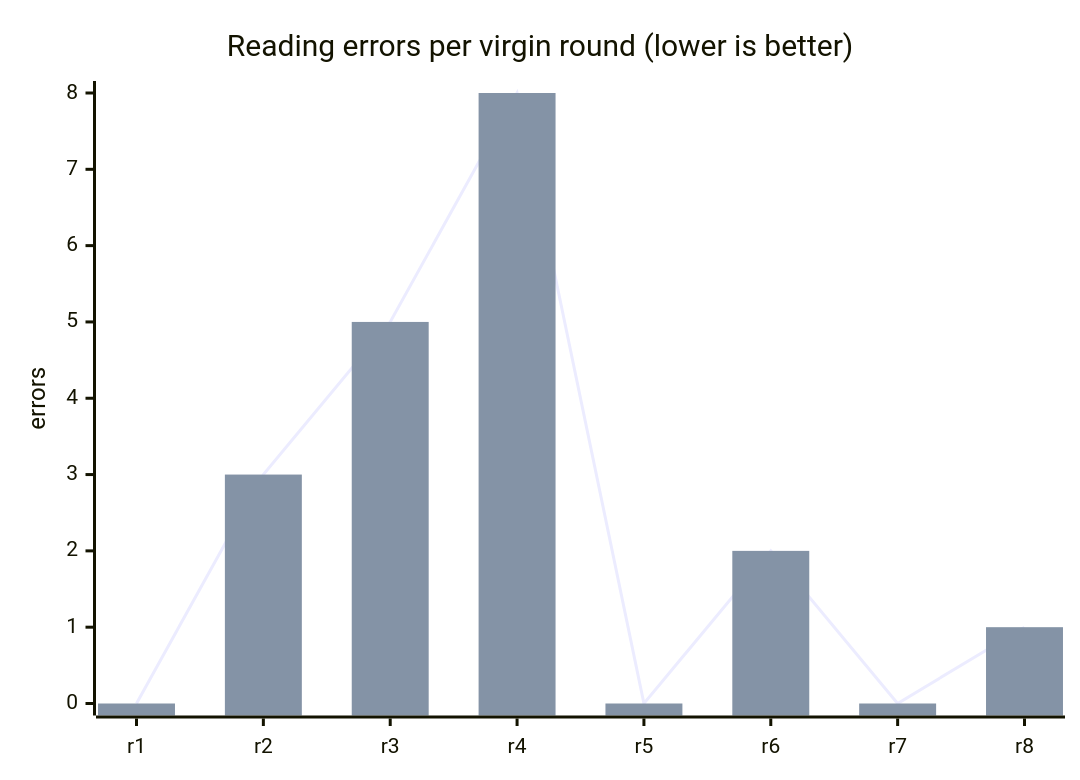
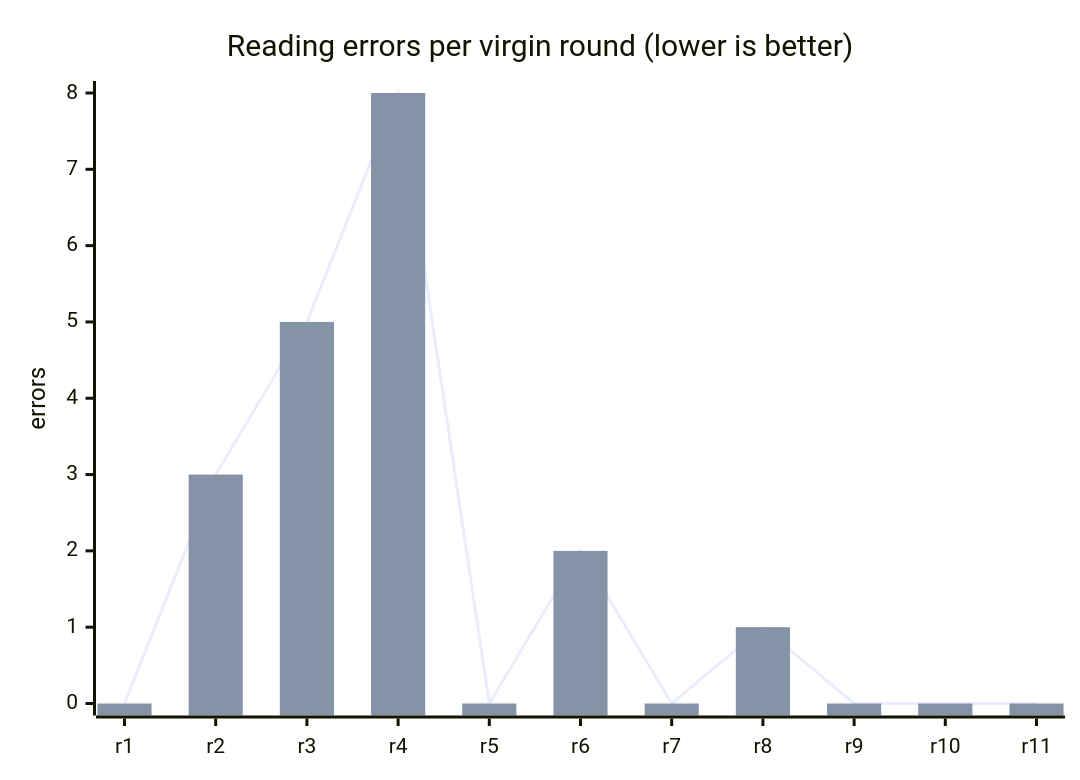
One commit to grindstone-eleven/grindstone-research-book changed the fourth of 6 diagrams in README.md. Above: the diagram before and after it, drawn with Mermaid. The commit also changed other lines of this file, not shown here.

````diff
--- a/README.md
+++ b/README.md
@@ -76,8 +76,8 @@
 ```mermaid
 xychart-beta
     title "Reading errors per virgin round (lower is better)"
-    x-axis ["r1", "r2", "r3", "r4", "r5", "r6", "r7", "r8"]
+    x-axis ["r1", "r2", "r3", "r4", "r5", "r6", "r7", "r8", "r9", "r10", "r11"]
     y-axis "errors" 0 --> 8
-    line [0, 3, 5, 8, 0, 2, 0, 1]
-    bar [0, 3, 5, 8, 0, 2, 0, 1]
+    line [0, 3, 5, 8, 0, 2, 0, 1, 0, 0, 0]
+    bar [0, 3, 5, 8, 0, 2, 0, 1, 0, 0, 0]
 ```
````
